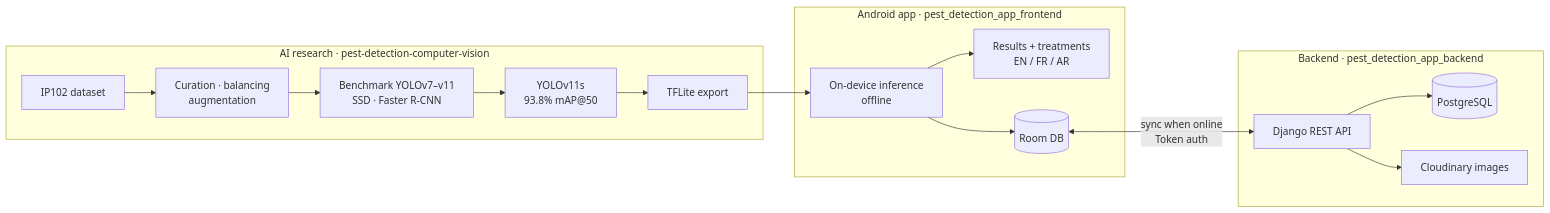
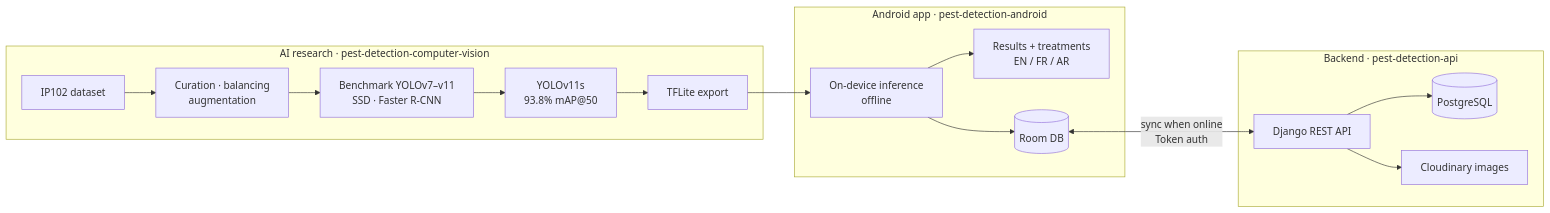
One commit to MehdiBedja/pest-detection-system changed the diagram in README.md. Above: the diagram before and after it, drawn with Mermaid. The commit also changed other lines of this file, not shown here.

Commit message:
Update links to renamed repositories

````diff
--- a/README.md
+++ b/README.md
@@ -22,22 +22,22 @@
 ```mermaid
 flowchart LR
     subgraph Research[AI research · pest-detection-computer-vision]
         IP[IP102 dataset] --> Prep[Curation · balancing<br/>augmentation]
         Prep --> Bench[Benchmark YOLOv7–v11<br/>SSD · Faster R-CNN]
         Bench --> Best[YOLOv11s<br/>93.8% mAP@50]
         Best --> TFLite[TFLite export]
     end
 
-    subgraph App[Android app · pest_detection_app_frontend]
+    subgraph App[Android app · pest-detection-android]
         TFLite --> Infer[On-device inference<br/>offline]
         Infer --> UI[Results + treatments<br/>EN / FR / AR]
         Infer --> Room[(Room DB)]
     end
 
-    subgraph Cloud[Backend · pest_detection_app_backend]
+    subgraph Cloud[Backend · pest-detection-api]
         API[Django REST API] --> PG[(PostgreSQL)]
         API --> Cld[Cloudinary images]
     end
 
     Room <-- "sync when online<br/>Token auth" --> API
 ```
````
